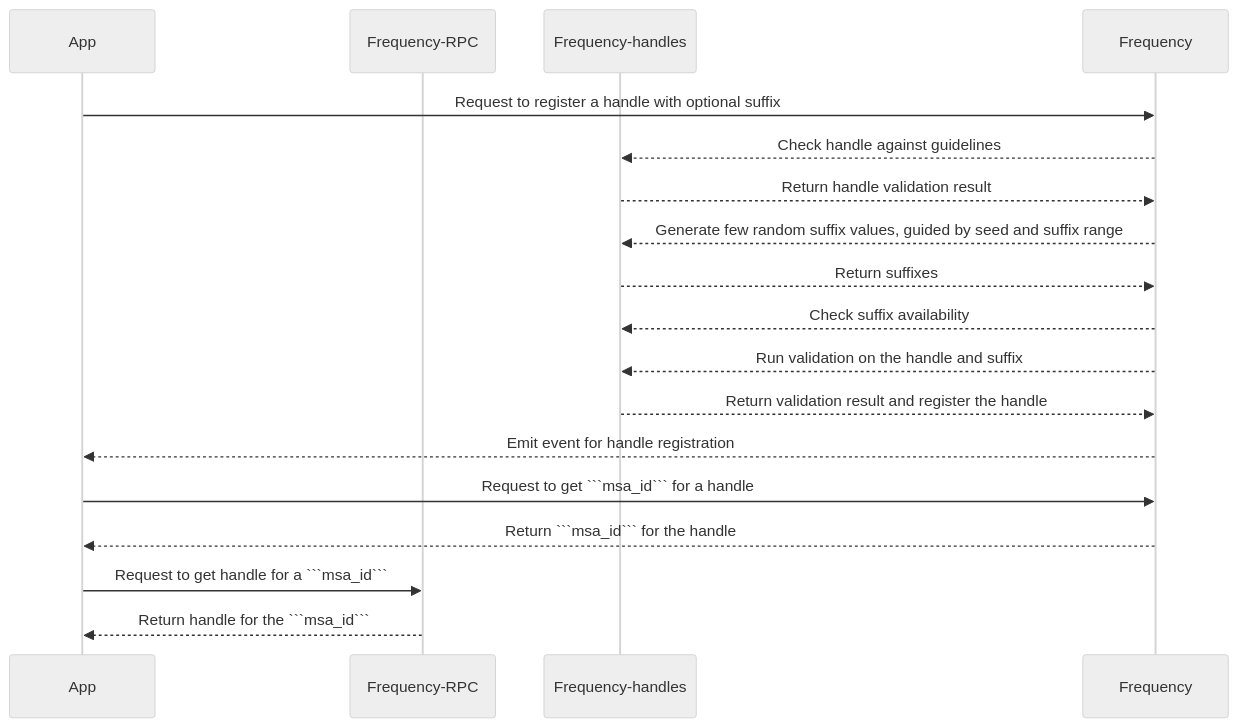
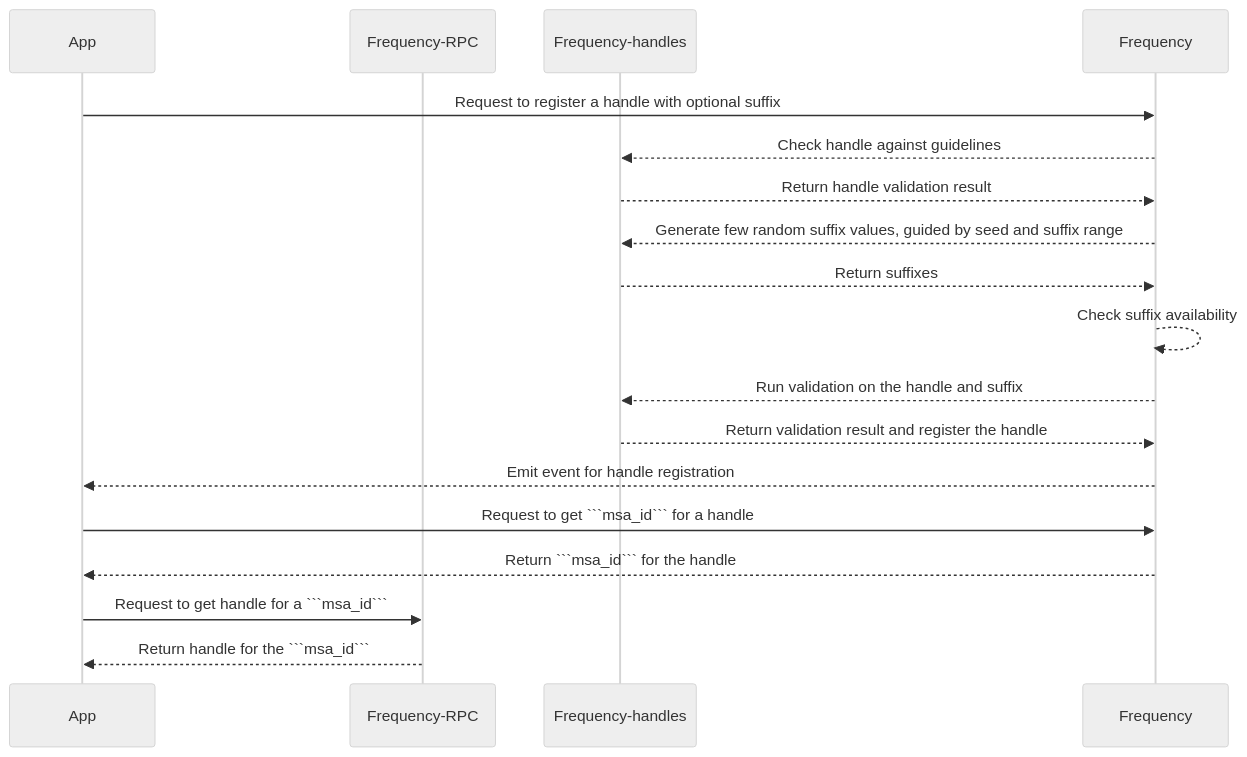
One commit to frequency-chain/frequency changed the second of 2 diagrams in designdocs/user-handles.md. Above: the diagram before and after it, drawn with Mermaid (neutral theme).

Commit message:
crate seq diag update

````diff
--- a/designdocs/user-handles.md
+++ b/designdocs/user-handles.md
@@ -294,20 +294,20 @@
 ```mermaid
 sequenceDiagram
     participant App
     participant Frequency-RPC
     participant Frequency-handles
     participant Frequency
     App->>Frequency: Request to register a handle with optional suffix
     Frequency-->>Frequency-handles: Check handle against guidelines
     Frequency-handles-->>Frequency: Return handle validation result
     Frequency-->>Frequency-handles: Generate few random suffix values, guided by seed and suffix range
     Frequency-handles-->>Frequency: Return suffixes
-    Frequency-->>Frequency-handles: Check suffix availability
+    Frequency-->>Frequency: Check suffix availability
     Frequency-->>Frequency-handles: Run validation on the handle and suffix
     Frequency-handles-->>Frequency: Return validation result and register the handle
     Frequency-->>App: Emit event for handle registration
     App->>Frequency: Request to get ```msa_id``` for a handle
     Frequency -->> App: Return ```msa_id``` for the handle
     App->>Frequency-RPC: Request to get handle for a ```msa_id```
     Frequency-RPC -->> App: Return handle for the ```msa_id```
 ```
````
